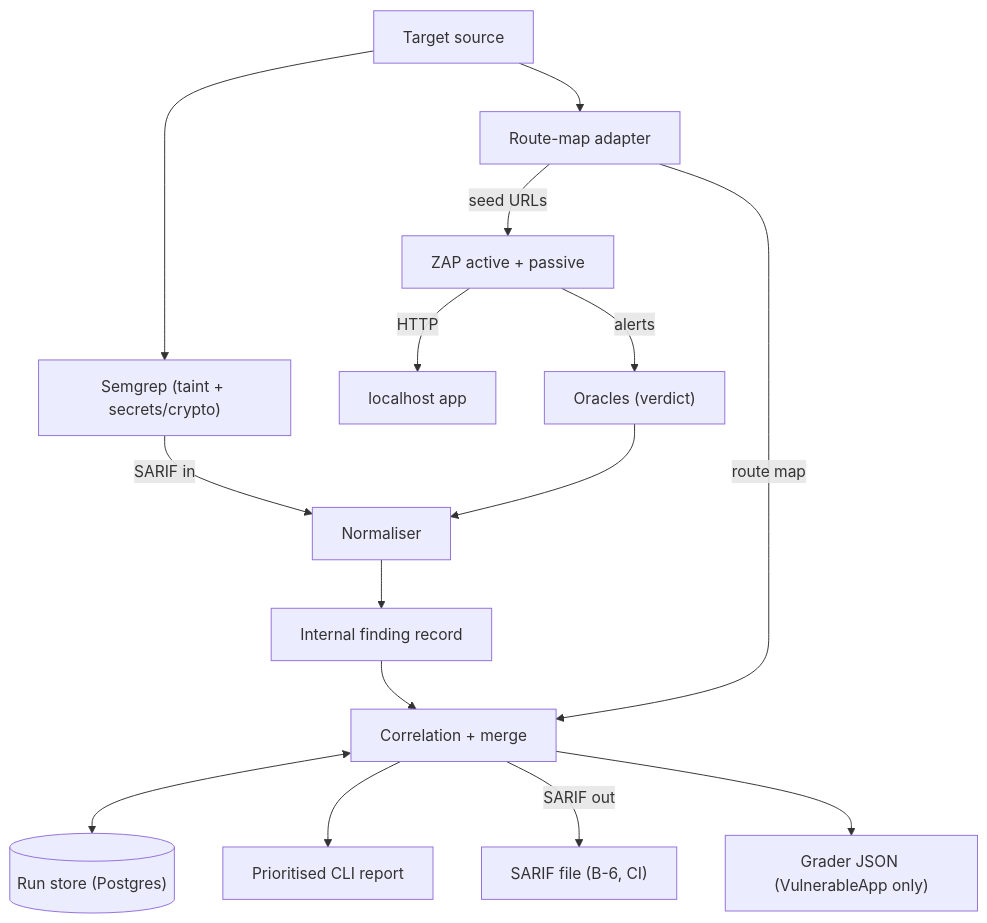
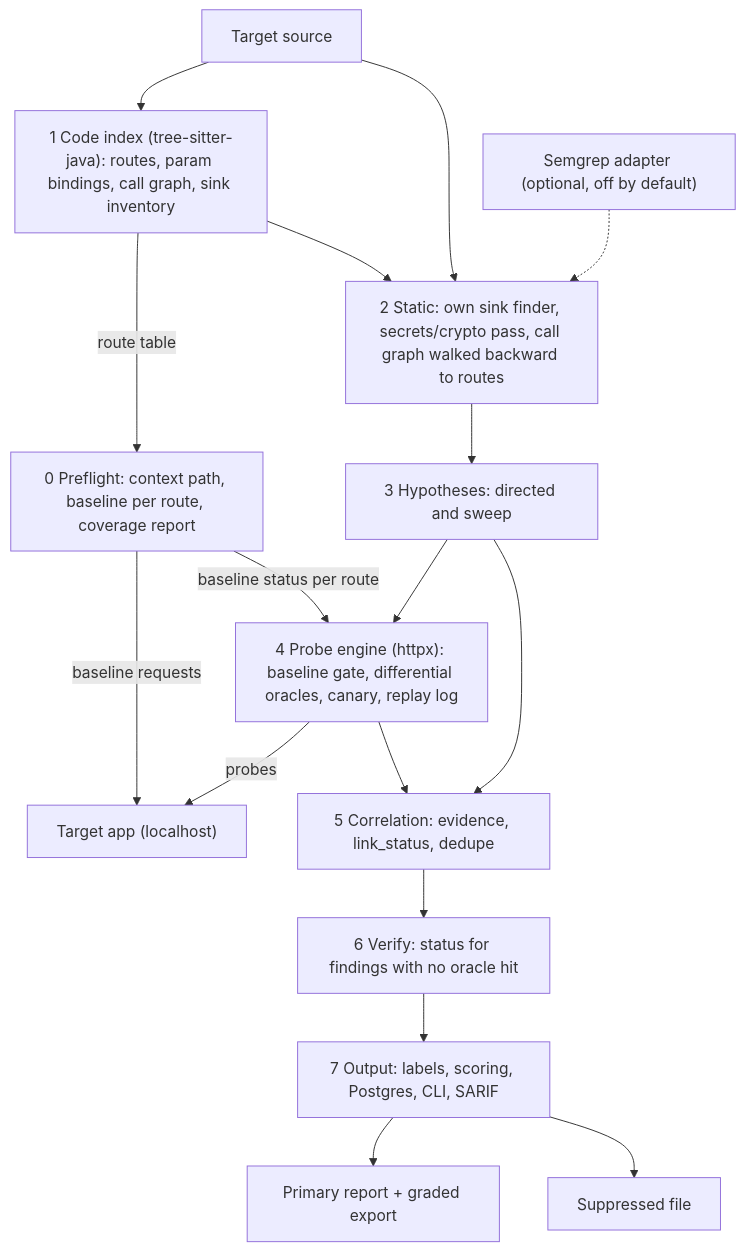
Before and after one commit to ROHITH-KUMAR-L/elenchus: the first of 2 diagrams in docs/architecture.md, drawn with Mermaid. The commit also changed other lines of this file, not shown here.

First line of the commit message:
docs(architecture): pipeline stages 0 to 7, judging mode, residual flaws

````diff
--- a/docs/architecture.md
+++ b/docs/architecture.md
@@ -51,19 +27,30 @@
 ```mermaid
 flowchart TD
     src[Target source]
-    app[localhost app]
-    src --> semgrep["Semgrep (taint + secrets/crypto)"]
-    src --> rmap[Route-map adapter]
-    rmap -- seed URLs --> zap[ZAP active + passive]
-    zap -- HTTP --> app
-    zap -- alerts --> oracles["Oracles (verdict)"]
-    semgrep -- SARIF in --> norm[Normaliser]
-    oracles --> norm
-    norm --> rec[Internal finding record]
-    rec --> corr[Correlation + merge]
-    rmap -- route map --> corr
-    corr <--> store[("Run store (Postgres)")]
-    corr --> report[Prioritised CLI report]
-    corr -- SARIF out --> sarif["SARIF file (B-6, CI)"]
-    corr --> grader["Grader JSON (VulnerableApp only)"]
+    app["Target app (localhost)"]
+    idx["1 Code index (tree-sitter-java): routes, param bindings, call graph, sink inventory"]
+    pre["0 Preflight: context path, baseline per route, coverage report"]
+    sta["2 Static: own sink finder, secrets/crypto pass, call graph walked backward to routes"]
+    semgrep["Semgrep adapter (optional, off by default)"]
+    hyp["3 Hypotheses: directed and sweep"]
+    probe["4 Probe engine (httpx): baseline gate, differential oracles, canary, replay log"]
+    corr["5 Correlation: evidence, link_status, dedupe"]
+    ver["6 Verify: status for findings with no oracle hit"]
+    out["7 Output: labels, scoring, Postgres, CLI, SARIF"]
+    src --> idx
+    idx -- route table --> pre
+    pre -- baseline requests --> app
+    idx --> sta
+    src --> sta
+    semgrep -.-> sta
+    sta --> hyp
+    pre -- baseline status per route --> probe
+    hyp --> probe
+    probe -- probes --> app
+    probe --> corr
+    hyp --> corr
+    corr --> ver
+    ver --> out
+    out --> graded["Primary report + graded export"]
+    out --> supp["Suppressed file"]
 ```
````
